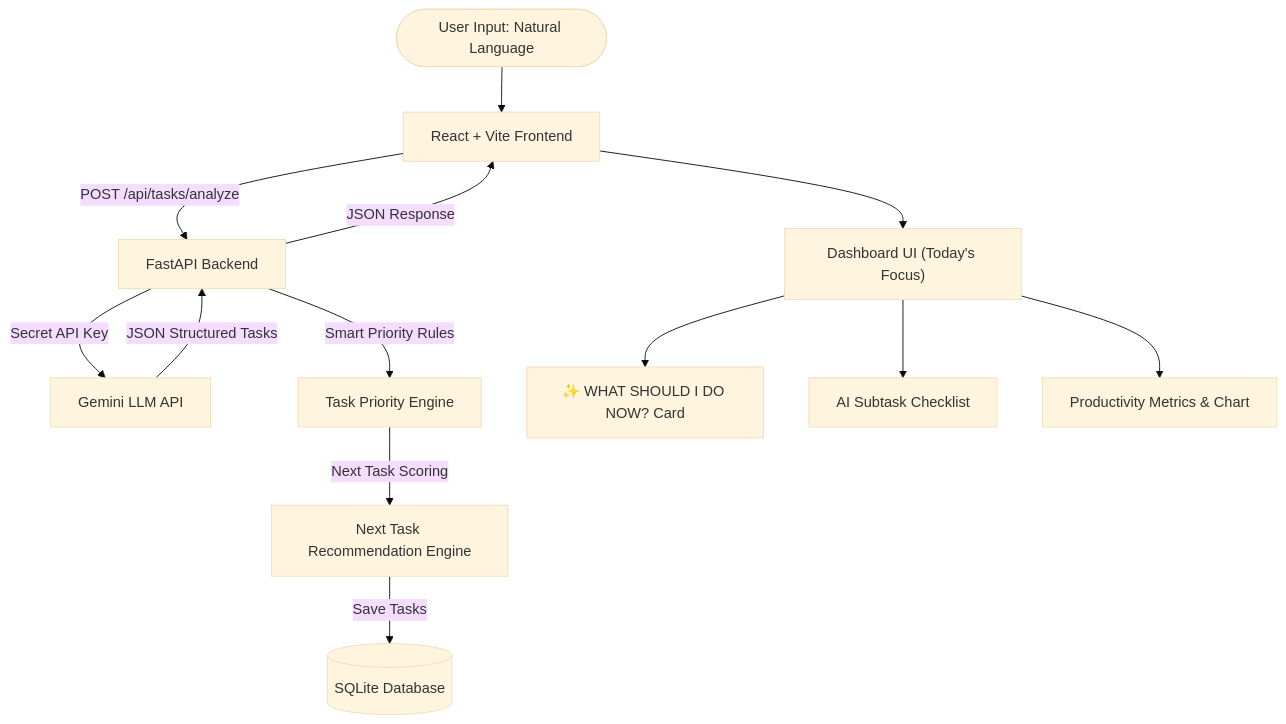
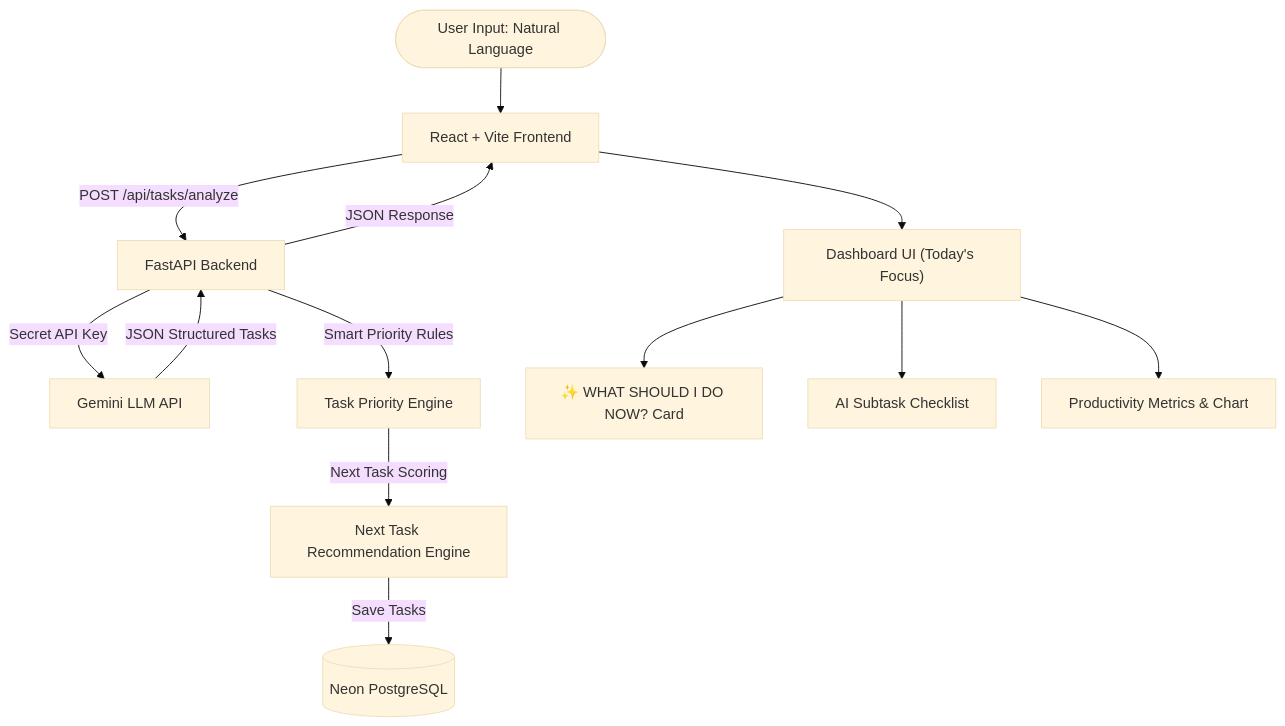
Before and after one commit to muthuselvam15/taskflow-ai: the diagram in README.md, drawn with Mermaid (base theme). The commit also changed other lines of this file and 9 other files, not shown here.

Commit message:
Connect TaskFlow AI to Neon database

````diff
--- a/README.md
+++ b/README.md
@@ -31,15 +31,15 @@
 ```mermaid
 flowchart TD
     User([User Input: Natural Language]) --> Frontend[React + Vite Frontend]
     Frontend -->|POST /api/tasks/analyze| Backend[FastAPI Backend]
     Backend -->|Secret API Key| Gemini[Gemini LLM API]
     Gemini -->|JSON Structured Tasks| Backend
     Backend -->|Smart Priority Rules| PriorityEngine[Task Priority Engine]
     PriorityEngine -->|Next Task Scoring| RecEngine[Next Task Recommendation Engine]
-    RecEngine -->|Save Tasks| DB[(SQLite Database)]
+   RecEngine -->|Save Tasks| DB[(Neon PostgreSQL)]
     Backend -->|JSON Response| Frontend
     Frontend --> Dashboard["Dashboard UI (Today's Focus)"]
     Dashboard --> RecommendationCard["✨ WHAT SHOULD I DO NOW? Card"]
     Dashboard --> SubtaskChecklist["AI Subtask Checklist"]
     Dashboard --> Analytics["Productivity Metrics & Chart"]
 ```
````
